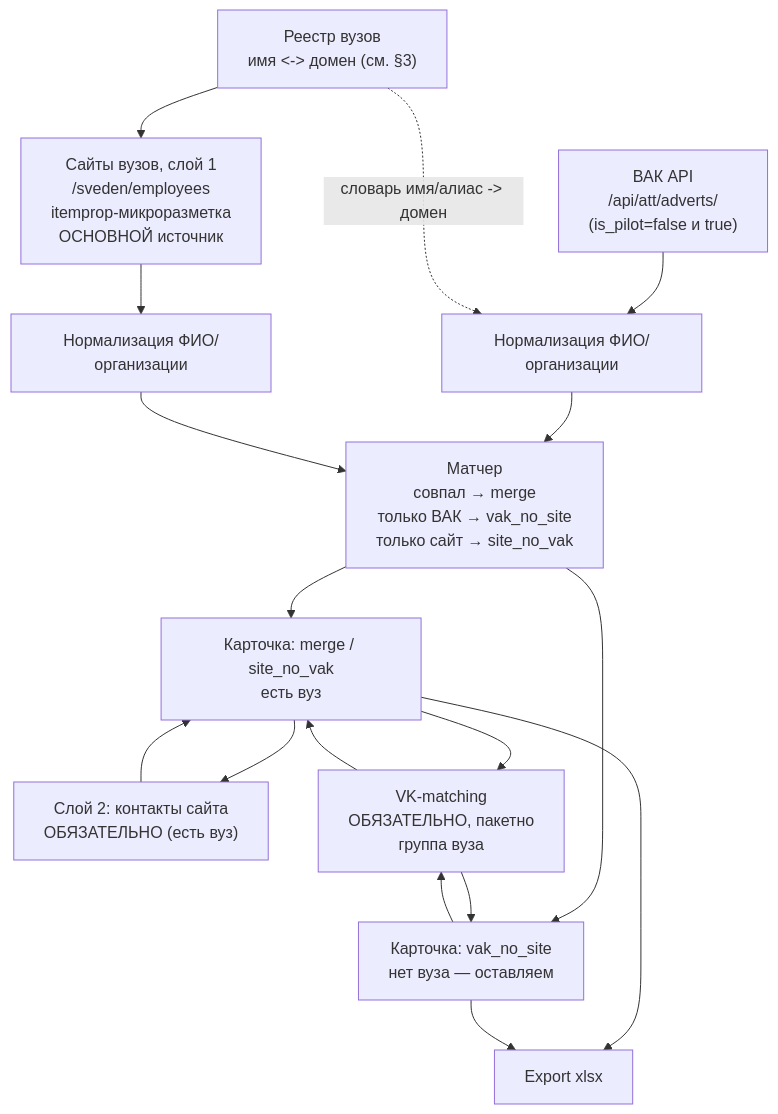
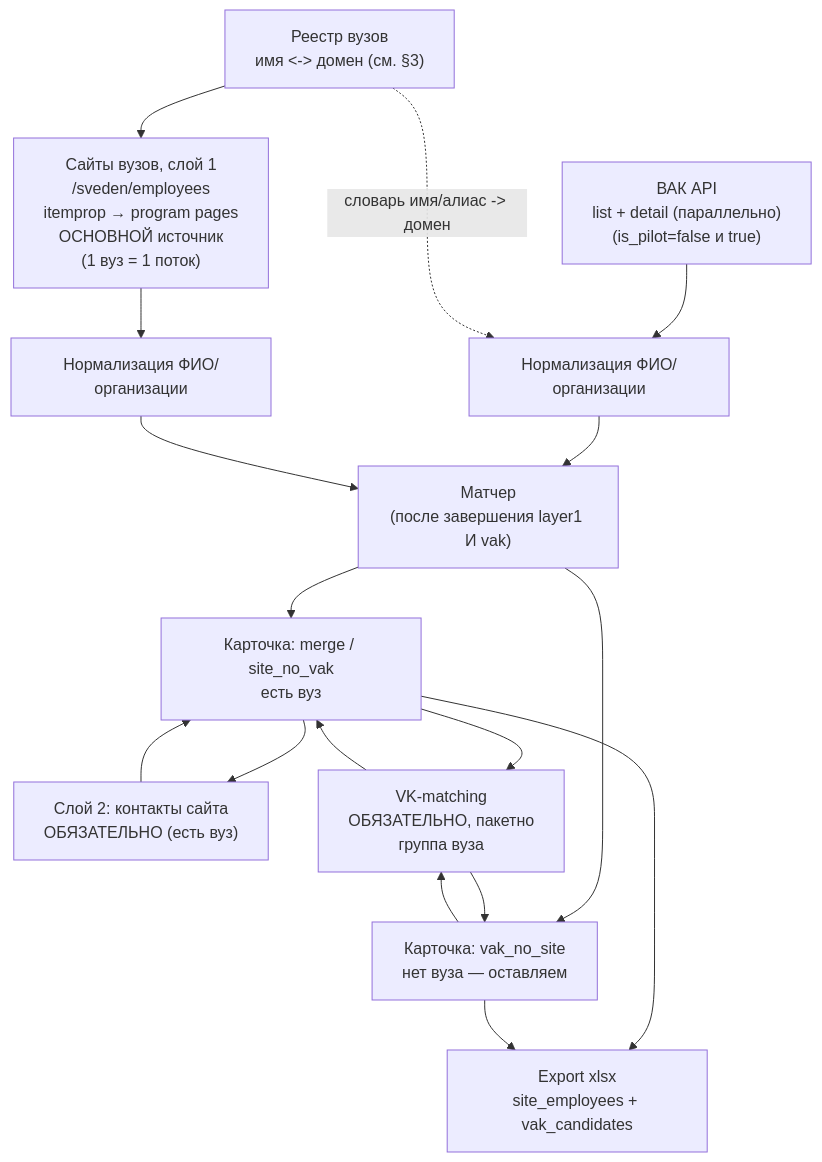
One commit to Bolshevichok/search-for-candidates changed the diagram in research/pipeline/candidate-pipeline-architecture.md. Above: the diagram before and after it, drawn with Mermaid. The commit also changed other lines of this file and 50 other files, not shown here.

````diff
--- a/research/pipeline/candidate-pipeline-architecture.md
+++ b/research/pipeline/candidate-pipeline-architecture.md
@@ -40,28 +41,28 @@
 ```mermaid
 flowchart TB
-    vak["ВАК API\n/api/att/adverts/\n(is_pilot=false и true)"]
+    vak["ВАК API\nlist + detail (параллельно)\n(is_pilot=false и true)"]
     registry["Реестр вузов\nимя <-> домен (см. §3)"]
-    layer1["Сайты вузов, слой 1\n/sveden/employees\nitemprop-микроразметка\nОСНОВНОЙ источник"]
+    layer1["Сайты вузов, слой 1\n/sveden/employees\nitemprop → program pages\nОСНОВНОЙ источник\n(1 вуз = 1 поток)"]
 
     registry --> layer1
 
     vak --> normVak["Нормализация ФИО/организации"]
     layer1 --> normL1["Нормализация ФИО/организации"]
     registry -.->|"словарь имя/алиас -> домен"| normVak
 
-    normVak --> matcher["Матчер\nсовпал → merge\nтолько ВАК → vak_no_site\nтолько сайт → site_no_vak"]
+    normVak --> matcher["Матчер\n(после завершения layer1 И vak)"]
     normL1 --> matcher
 
     matcher --> merged["Карточка: merge / site_no_vak\nесть вуз"]
     matcher --> vakOnly["Карточка: vak_no_site\nнет вуза — оставляем"]
 
     merged --> layer2["Слой 2: контакты сайта\nОБЯЗАТЕЛЬНО (есть вуз)"]
     layer2 --> merged
 
     merged --> vkSpec["VK-matching\nОБЯЗАТЕЛЬНО, пакетно\nгруппа вуза"]
     vakOnly --> vkSpec
     vkSpec --> merged
     vkSpec --> vakOnly
-    merged --> xlsx["Export xlsx"]
+    merged --> xlsx["Export xlsx\nsite_employees + vak_candidates"]
     vakOnly --> xlsx
 ```
````
